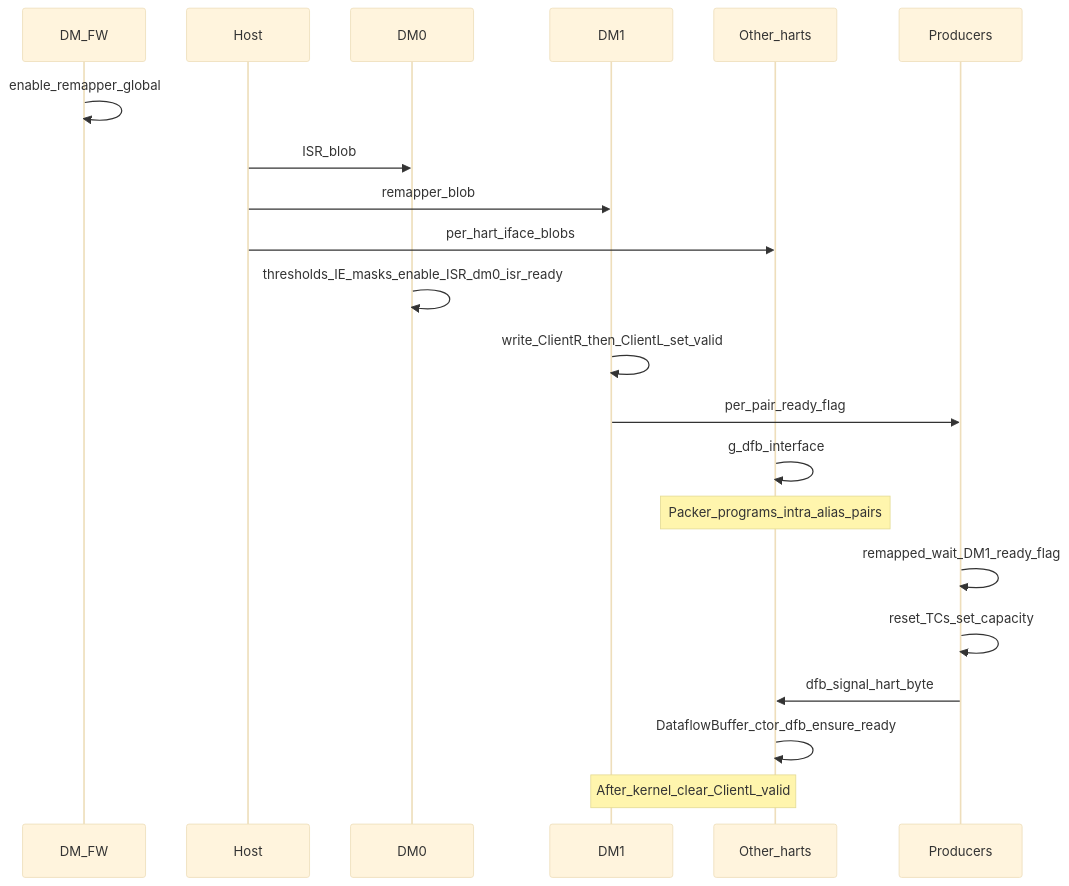
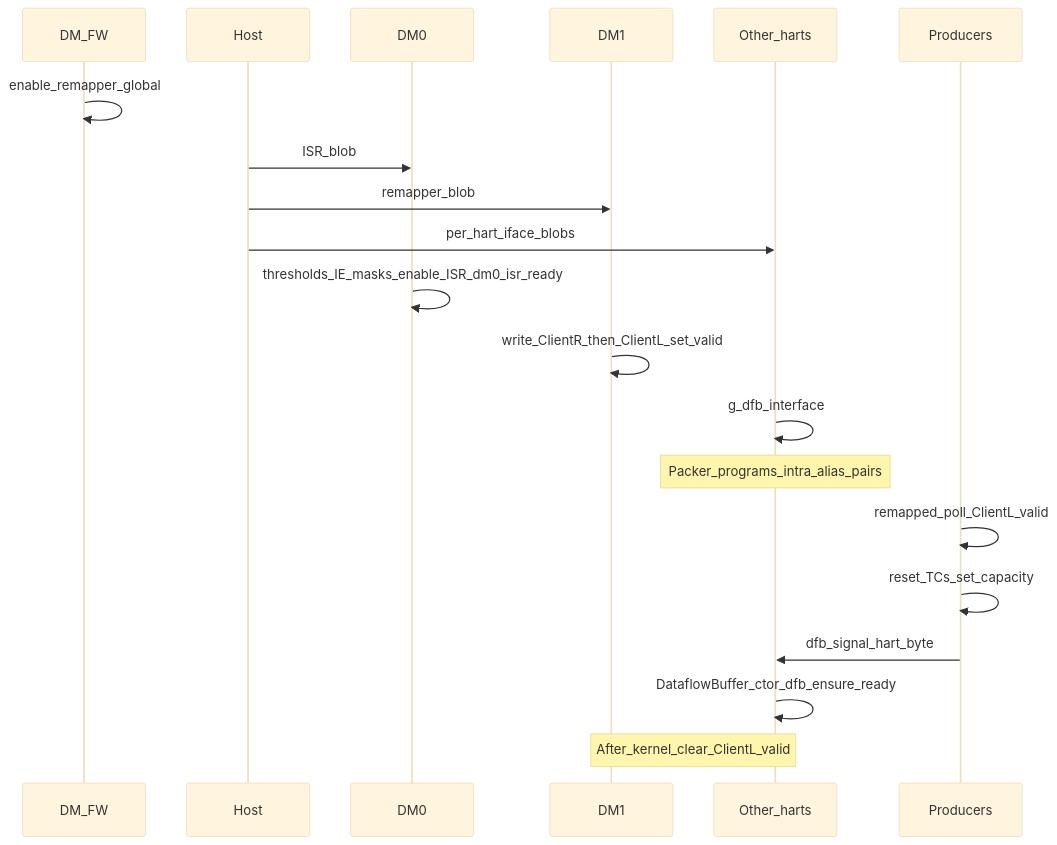
The sixth of 6 diagrams in tt_metal/impl/dataflow_buffer/DataflowBuffer.md (tenstorrent/tt-metal), drawn with Mermaid (base theme) before and after one commit. The commit also changed other lines of this file and 5 other files, not shown here.

````diff
--- a/tt_metal/impl/dataflow_buffer/DataflowBuffer.md
+++ b/tt_metal/impl/dataflow_buffer/DataflowBuffer.md
@@ -531,23 +531,22 @@
 ```mermaid
 sequenceDiagram
   participant FW as DM_FW
   participant Host
   participant DM0
   participant DM1
   participant Other as Other_harts
   participant Prod as Producers
   FW->>FW: enable_remapper_global
   Host->>DM0: ISR_blob
   Host->>DM1: remapper_blob
   Host->>Other: per_hart_iface_blobs
   DM0->>DM0: thresholds_IE_masks_enable_ISR_dm0_isr_ready
   DM1->>DM1: write_ClientR_then_ClientL_set_valid
-  DM1->>Prod: per_pair_ready_flag
   Other->>Other: g_dfb_interface
   Note over Other: Packer_programs_intra_alias_pairs
-  Prod->>Prod: remapped_wait_DM1_ready_flag
+  Prod->>Prod: remapped_poll_ClientL_valid
   Prod->>Prod: reset_TCs_set_capacity
   Prod->>Other: dfb_signal_hart_byte
   Other->>Other: DataflowBuffer_ctor_dfb_ensure_ready
   Note over DM1,Other: After_kernel_clear_ClientL_valid
 ```
````
